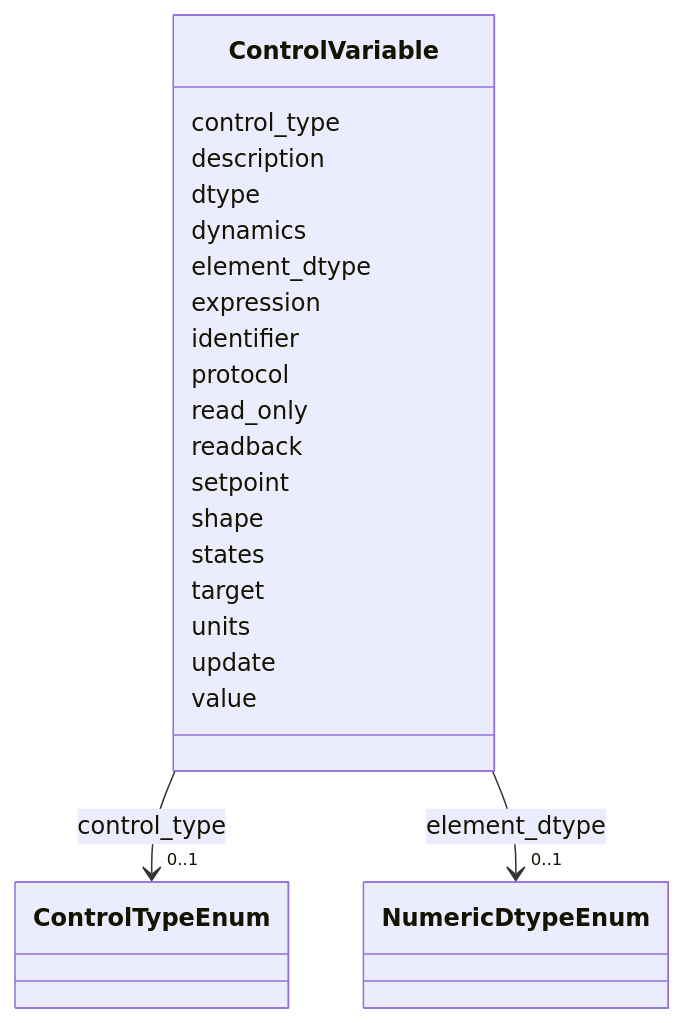
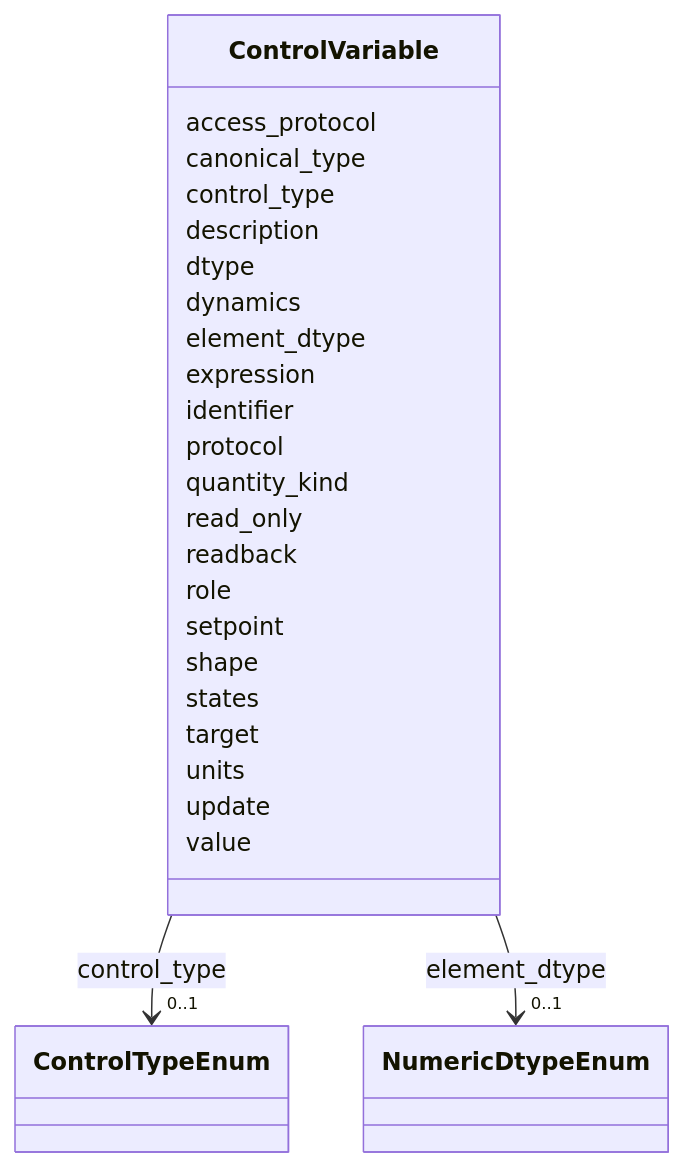
One commit to astec-stfc/laura changed the diagram in docs/source/schema/ControlVariable.md. Above: the diagram before and after it, drawn with Mermaid. The commit also changed other lines of this file and 125 other files, not shown here.

````diff
--- a/docs/source/schema/ControlVariable.md
+++ b/docs/source/schema/ControlVariable.md
@@ -18,58 +18,66 @@
 ```mermaid
  classDiagram
     class ControlVariable
     click ControlVariable href "../ControlVariable/"
+      ControlVariable : access_protocol
+        
+      ControlVariable : canonical_type
+        
       ControlVariable : control_type
         
           
     
         
         
         ControlVariable --> "0..1" ControlTypeEnum : control_type
         click ControlTypeEnum href "../ControlTypeEnum/"
     
 
         
       ControlVariable : description
         
       ControlVariable : dtype
         
       ControlVariable : dynamics
         
       ControlVariable : element_dtype
         
           
     
         
         
         ControlVariable --> "0..1" NumericDtypeEnum : element_dtype
         click NumericDtypeEnum href "../NumericDtypeEnum/"
     
 
         
       ControlVariable : expression
         
       ControlVariable : identifier
         
       ControlVariable : protocol
         
+      ControlVariable : quantity_kind
+        
       ControlVariable : read_only
         
       ControlVariable : readback
+        
+      ControlVariable : role
         
       ControlVariable : setpoint
         
       ControlVariable : shape
         
       ControlVariable : states
         
       ControlVariable : target
         
       ControlVariable : units
         
       ControlVariable : update
         
       ControlVariable : value
         
       
 ```
````
